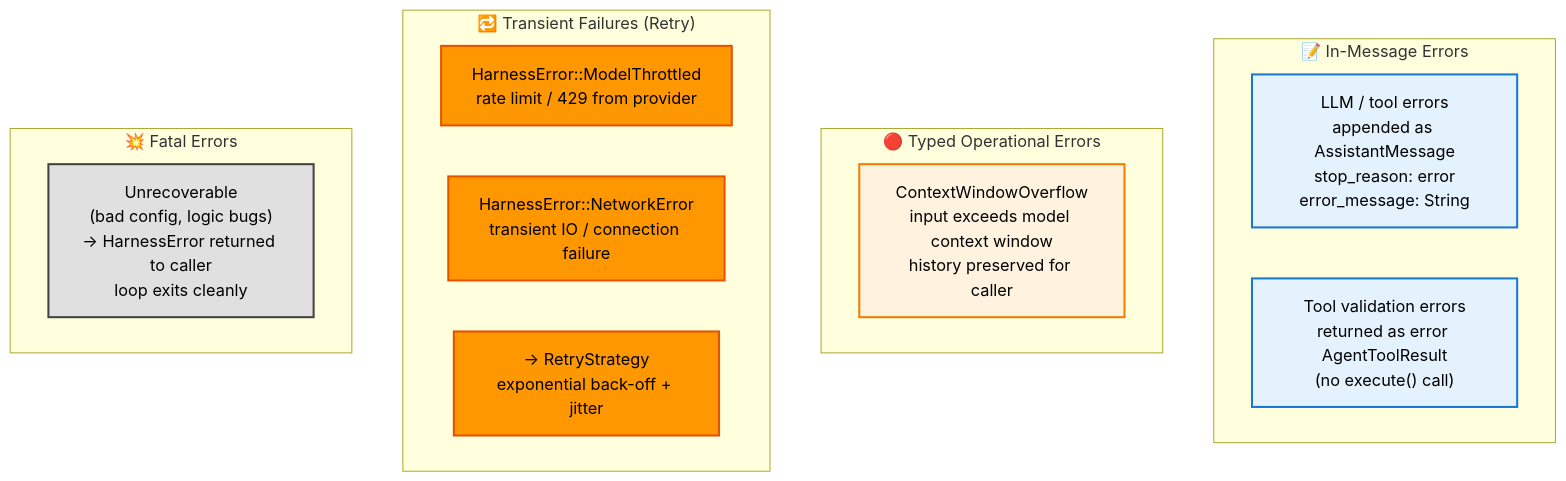
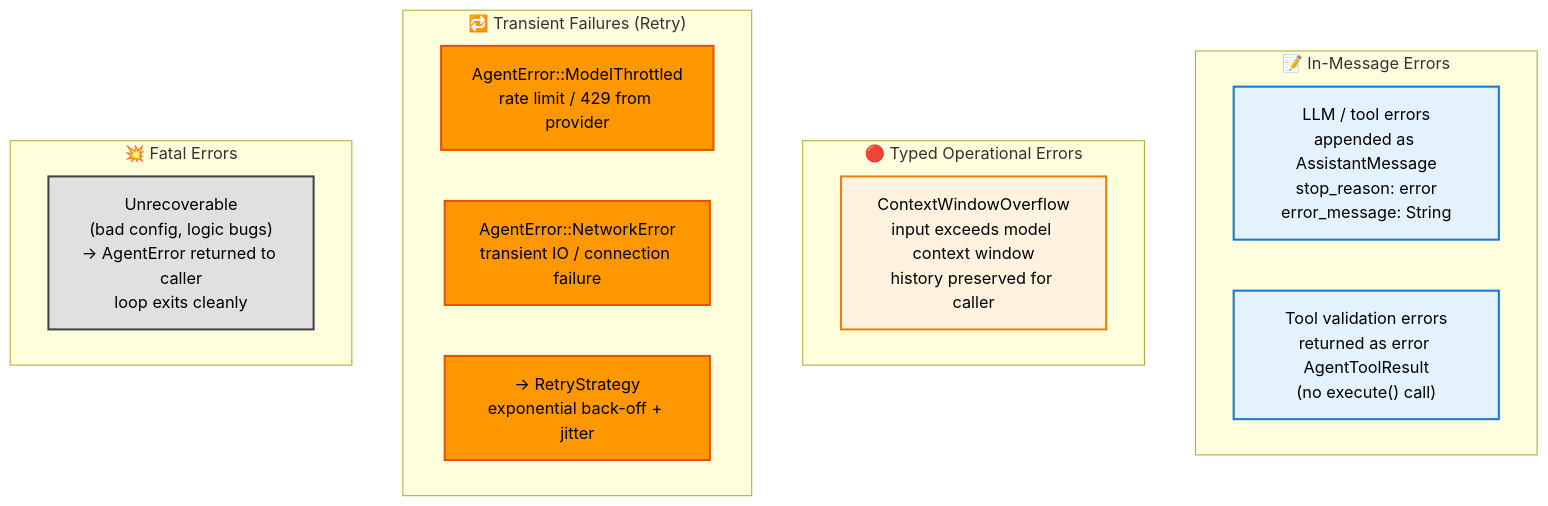
The first of 5 diagrams in docs/architecture/error-handling/README.md (SuperSwinkAI/Swink-Agent), drawn with Mermaid before and after one commit. The commit also changed other lines of this file and 58 other files, not shown here.

First line of the commit message:
Rename project from agent-harness to swink-agent

````diff
--- a/docs/architecture/error-handling/README.md
+++ b/docs/architecture/error-handling/README.md
@@ -12,31 +12,31 @@
 ```mermaid
 flowchart TB
     subgraph Category1["📝 In-Message Errors"]
         MsgErr["LLM / tool errors<br/>appended as AssistantMessage<br/>stop_reason: error<br/>error_message: String"]
         ToolValErr["Tool validation errors<br/>returned as error AgentToolResult<br/>(no execute() call)"]
     end
 
     subgraph Category2["🔴 Typed Operational Errors"]
         CWO["ContextWindowOverflow<br/>input exceeds model context window<br/>history preserved for caller"]
     end
 
     subgraph Category3["🔁 Transient Failures (Retry)"]
-        Throttle["HarnessError::ModelThrottled<br/>rate limit / 429 from provider"]
-        Network["HarnessError::NetworkError<br/>transient IO / connection failure"]
+        Throttle["AgentError::ModelThrottled<br/>rate limit / 429 from provider"]
+        Network["AgentError::NetworkError<br/>transient IO / connection failure"]
         Retry["→ RetryStrategy<br/>exponential back-off + jitter"]
     end
 
     subgraph Category4["💥 Fatal Errors"]
-        Fatal["Unrecoverable<br/>(bad config, logic bugs)<br/>→ HarnessError returned to caller<br/>loop exits cleanly"]
+        Fatal["Unrecoverable<br/>(bad config, logic bugs)<br/>→ AgentError returned to caller<br/>loop exits cleanly"]
     end
 
     classDef msgStyle fill:#e3f2fd,stroke:#1976d2,stroke-width:2px,color:#000
     classDef typeStyle fill:#fff3e0,stroke:#f57c00,stroke-width:2px,color:#000
     classDef retryStyle fill:#ff9800,stroke:#e65100,stroke-width:2px,color:#000
     classDef fatalStyle fill:#e0e0e0,stroke:#424242,stroke-width:2px,color:#000
 
     class MsgErr,ToolValErr msgStyle
     class CWO typeStyle
     class Throttle,Network,Retry retryStyle
     class Fatal fatalStyle
 ```
````
